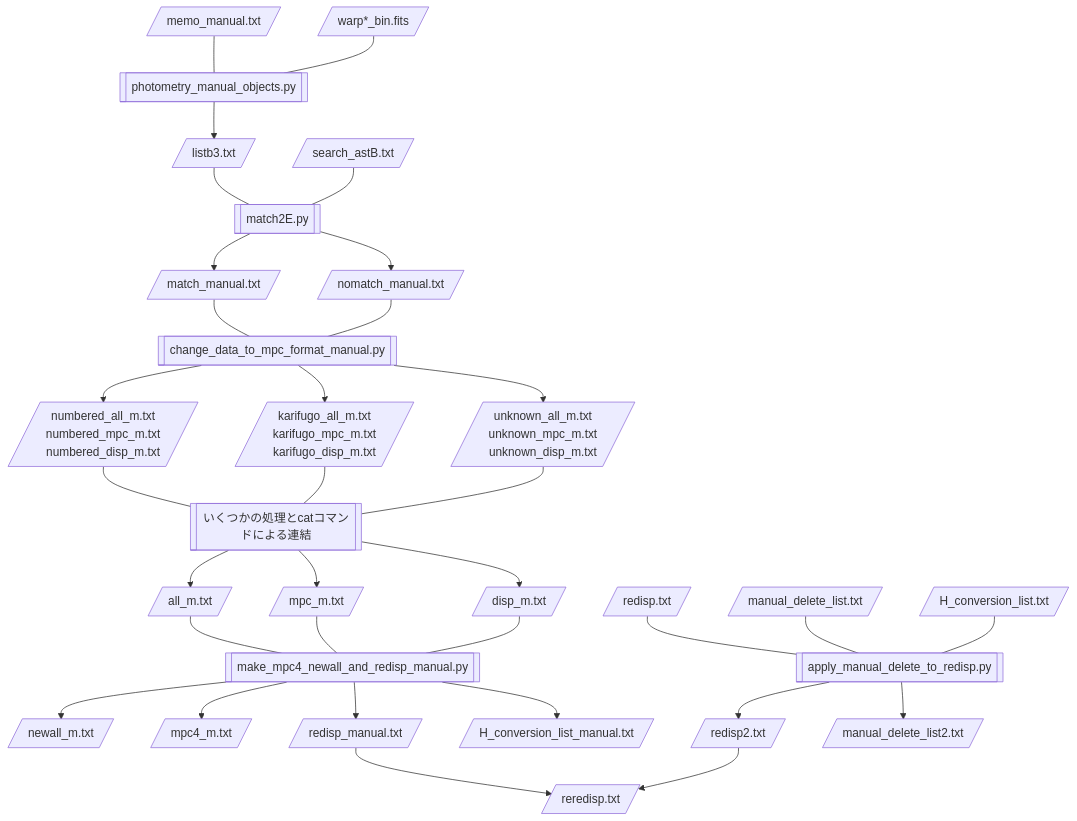
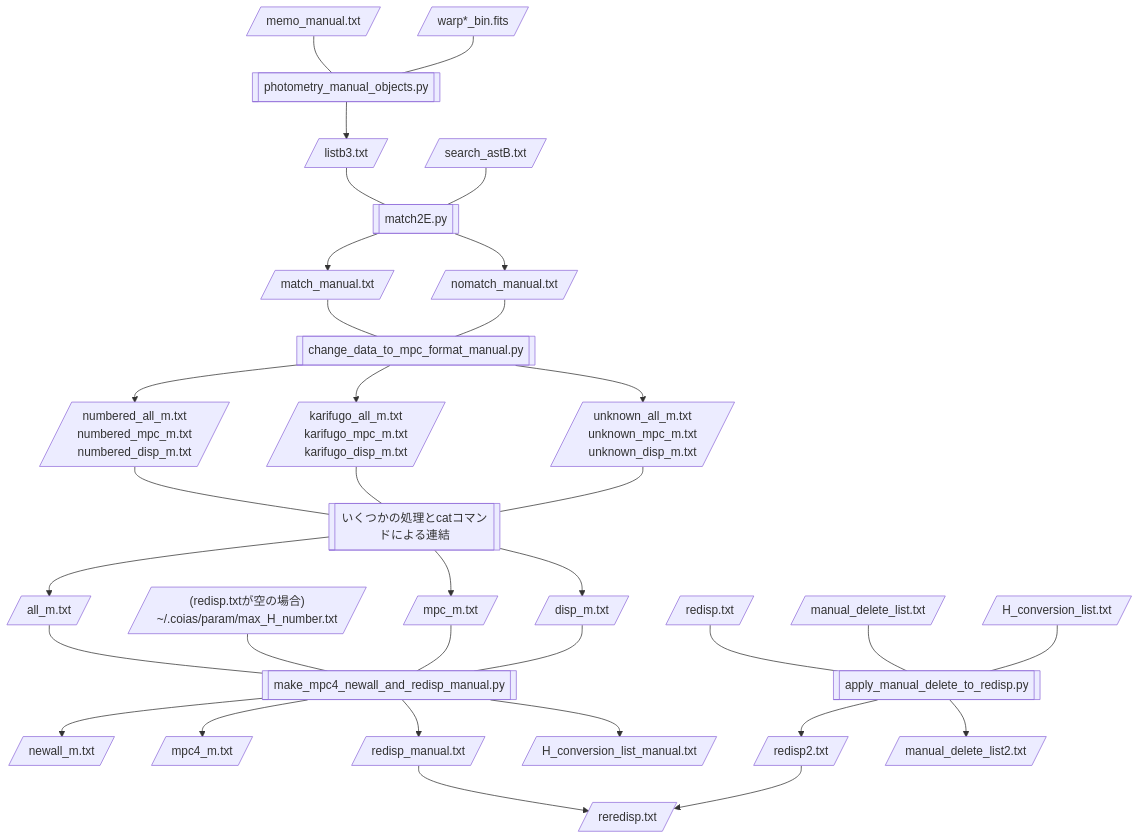
One commit to COIAS-program/COIAS_program_github changed the diagram in flowcharts/flowchart6-AstsearchR_after_manual.md. Above: the diagram before and after it, drawn with Mermaid.

Commit message:
flowchart更新

```````diff
--- a/flowcharts/flowchart6-AstsearchR_after_manual.md
+++ b/flowcharts/flowchart6-AstsearchR_after_manual.md
@@ -3,63 +3,64 @@
 ```mermaid
 flowchart TD
     A[/memo_manual.txt/] --- B[[photometry_manual_objects.py]]
     C[/warp*_bin.fits/] --- B
     B --> D[/listb3.txt/]
     D --- E[[match2E.py]]
     F[/search_astB.txt/] --- E
     E --> G[/match_manual.txt/]
     E --> H[/nomatch_manual.txt/]
     G --- I[[change_data_to_mpc_format_manual.py]]
     H --- I
     I --> J[/numbered_all_m.txt\nnumbered_mpc_m.txt\nnumbered_disp_m.txt/]
     I --> K[/karifugo_all_m.txt\nkarifugo_mpc_m.txt\nkarifugo_disp_m.txt/]
     I --> L[/unknown_all_m.txt\nunknown_mpc_m.txt\nunknown_disp_m.txt/]
     J --- M[[いくつかの処理とcatコマンドによる連結]]
     K --- M
     L --- M
     M --> N[/all_m.txt/]
     M --> O[/mpc_m.txt/]
     M --> P[/disp_m.txt/]
     N --- Q[[make_mpc4_newall_and_redisp_manual.py]]
+	c[/"(redisp.txtが空の場合)\n~/.coias/param/max_H_number.txt"/] --- Q
     O --- Q
     P --- Q
     Q --> R[/newall_m.txt/]
     Q --> S[/mpc4_m.txt/]
     Q --> T[/redisp_manual.txt/]
     Q --> U[/H_conversion_list_manual.txt/]
     T --> V[/reredisp.txt/]
     W[/redisp.txt/] --- X[[apply_manual_delete_to_redisp.py]]
     Y[/manual_delete_list.txt/] --- X
     Z[/H_conversion_list.txt/] --- X
     X --> a[/redisp2.txt/]
     X --> b[/manual_delete_list2.txt/]
     a --> V
 
     click B "https://github.com/COIAS-program/COIAS_program_github/blob/main/src8_astsearch_manual/photometry_manual_objects.py"
     click E "https://github.com/COIAS-program/COIAS_program_github/blob/main/src8_astsearch_manual/match2E.py"
     click I "https://github.com/COIAS-program/COIAS_program_github/blob/main/src8_astsearch_manual/change_data_to_mpc_format_manual.py"
     click Q "https://github.com/COIAS-program/COIAS_program_github/blob/main/src8_astsearch_manual/make_mpc4_newall_and_redisp_manual.py"
     click X "https://github.com/COIAS-program/COIAS_program_github/blob/main/src8_astsearch_manual/apply_manual_delete_to_redisp.py"
     
     click A "https://github.com/COIAS-program/COIAS_program_github/blob/main/flowcharts/sample6/memo_manual.txt"
     click D "https://github.com/COIAS-program/COIAS_program_github/blob/main/flowcharts/sample6/listb3.txt"
     click F "https://github.com/COIAS-program/COIAS_program_github/blob/main/flowcharts/sample3/search_astB.txt"
     click G "https://github.com/COIAS-program/COIAS_program_github/blob/main/flowcharts/sample6/match_manual.txt"
     click H "https://github.com/COIAS-program/COIAS_program_github/blob/main/flowcharts/sample6/nomatch_manual.txt"
     click J "https://github.com/COIAS-program/COIAS_program_github/blob/main/flowcharts/sample6/numbered_all_mpc_disp_m.txt"
     click K "https://github.com/COIAS-program/COIAS_program_github/blob/main/flowcharts/sample6/karifugo_all_mpc_disp_m.txt"
     click L "https://github.com/COIAS-program/COIAS_program_github/blob/main/flowcharts/sample6/unknown_all_mpc_disp_m.txt"
     click N "https://github.com/COIAS-program/COIAS_program_github/blob/main/flowcharts/sample6/all_m.txt"
     click O "https://github.com/COIAS-program/COIAS_program_github/blob/main/flowcharts/sample6/mpc_m.txt"
     click P "https://github.com/COIAS-program/COIAS_program_github/blob/main/flowcharts/sample6/disp_m.txt"
     click R "https://github.com/COIAS-program/COIAS_program_github/blob/main/flowcharts/sample6/newall_m.txt"
     click S "https://github.com/COIAS-program/COIAS_program_github/blob/main/flowcharts/sample6/mpc4_m.txt"
     click T "https://github.com/COIAS-program/COIAS_program_github/blob/main/flowcharts/sample6/redisp_manual.txt"
     click U "https://github.com/COIAS-program/COIAS_program_github/blob/main/flowcharts/sample6/H_conversion_list_manual.txt"
     click V "https://github.com/COIAS-program/COIAS_program_github/blob/main/flowcharts/sample6/reredisp.txt"
     click W "https://github.com/COIAS-program/COIAS_program_github/blob/main/flowcharts/sample5/redisp.txt"
     click Y "https://github.com/COIAS-program/COIAS_program_github/blob/main/flowcharts/sample6/manual_delete_list.txt"
     click Z "https://github.com/COIAS-program/COIAS_program_github/blob/main/flowcharts/sample5/H_conversion_list.txt"
     click a "https://github.com/COIAS-program/COIAS_program_github/blob/main/flowcharts/sample6/redisp2.txt"
     click b "https://github.com/COIAS-program/COIAS_program_github/blob/main/flowcharts/sample6/manual_delete_list2.txt"
 ``````
```````
